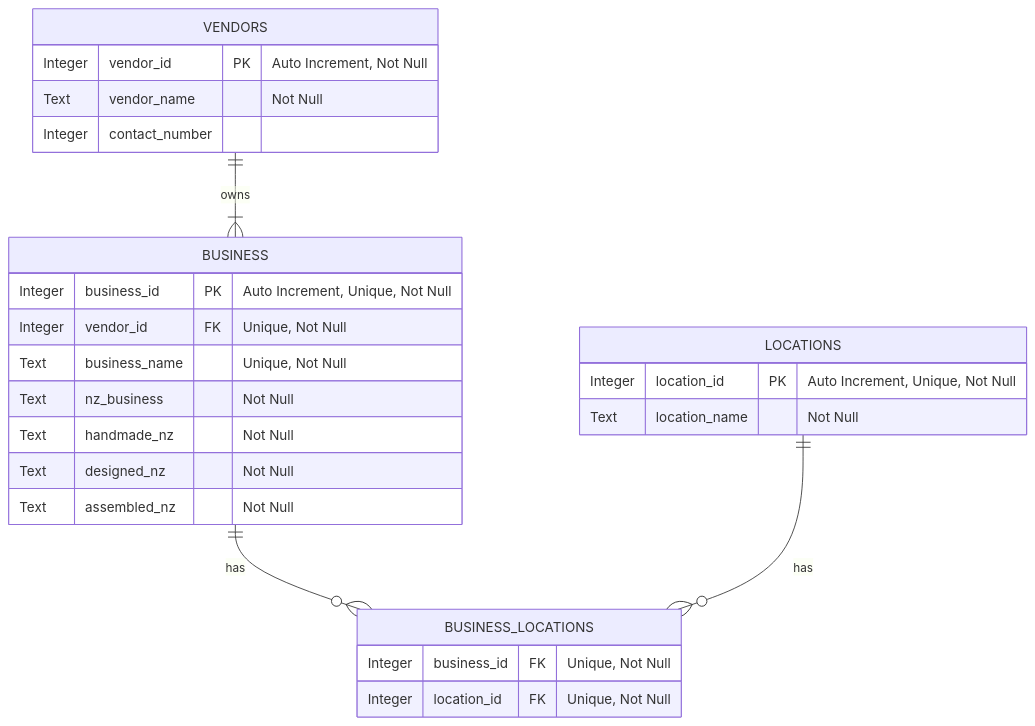
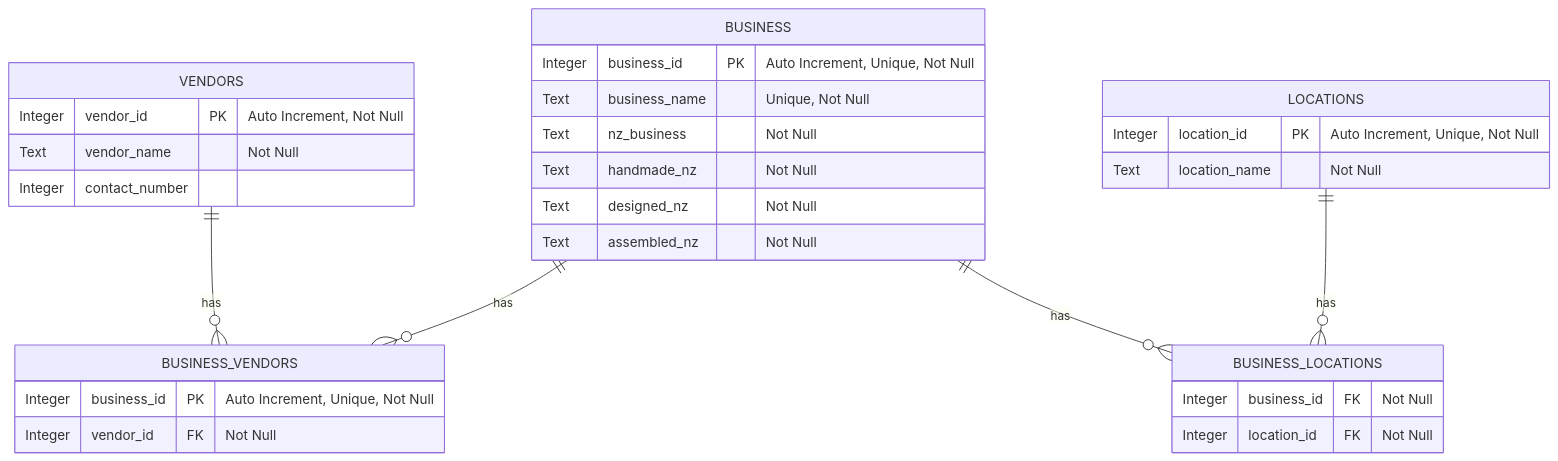
One commit to thomasem1369/12CSP_Flask changed the diagram in architecture/database.mmd. Above: the diagram before and after it, drawn with Mermaid.

Commit message:
Added BUSINESS_VENNDORS

```diff
--- a/architecture/database.mmd
+++ b/architecture/database.mmd
@@ -1,33 +1,38 @@
 erDiagram
 
-    VENDORS ||--|{ BUSINESS : "owns"
+    VENDORS ||--o{BUSINESS_VENDORS : "has"
+    BUSINESS ||--o{BUSINESS_VENDORS : "has"
     BUSINESS ||--o{ BUSINESS_LOCATIONS: "has"
     LOCATIONS ||--o{ BUSINESS_LOCATIONS: "has"
 
 
     BUSINESS{
         Integer business_id PK "Auto Increment, Unique, Not Null"
-        Integer vendor_id FK "Unique, Not Null"
         Text business_name "Unique, Not Null"
         Text nz_business "Not Null"
         Text handmade_nz "Not Null"
         Text designed_nz "Not Null"
         Text assembled_nz "Not Null"
     }
 
+    BUSINESS_VENDORS{
+        Integer business_id PK "Auto Increment, Unique, Not Null"
+        Integer vendor_id FK "Not Null"
+    }
+
 
     BUSINESS_LOCATIONS {
-        Integer business_id FK "Unique, Not Null"
-        Integer location_id FK "Unique, Not Null"
+        Integer business_id FK "Not Null"
+        Integer location_id FK "Not Null"
     }
 
     LOCATIONS{
         Integer location_id PK "Auto Increment, Unique, Not Null"
         Text location_name "Not Null"
     }
 
     VENDORS{
         Integer vendor_id PK "Auto Increment, Not Null"
         Text vendor_name "Not Null"
         Integer contact_number 
     }
```
